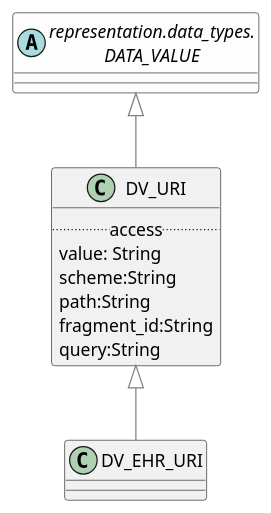
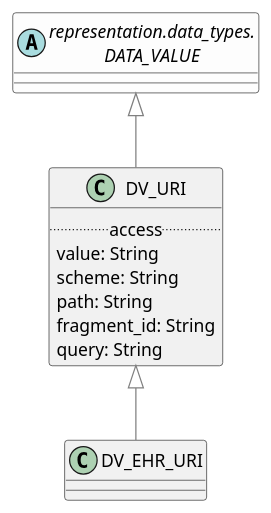
One commit to wolandscat/openehr-doc changed the diagram in modules/ROOT/examples/bmm/representation/data_types/uri/uri-package-uml.adoc. Above: the diagram before and after it, drawn with PlantUML. The commit also changed 293 other files, not shown here.

Commit message:
Regen with tweaks to UML output and correct metatypes for nested generics.

```diff
--- a/modules/ROOT/examples/bmm/representation/data_types/uri/uri-package-uml.adoc
+++ b/modules/ROOT/examples/bmm/representation/data_types/uri/uri-package-uml.adoc
@@ -3,27 +3,27 @@
 [plantuml,opts=interactive,link=self]
 ....
 skinparam groupInheritance 2
 skinparam citedClassColor #FDFDFD
-
-
-class DV_URI [[/openehr-doc/latest/representation/data_types-gen.html#_class_dv_uri]] {
-        .. access ..
-        value: String
-        scheme:String
-        path:String
-        fragment_id:String
-        query:String
-}
-
-DV_URI -[#gray]up-|> DATA_VALUE  
 
 
 class DV_EHR_URI [[/openehr-doc/latest/representation/data_types-gen.html#_class_dv_ehr_uri]] {
 }
 
 DV_EHR_URI -[#gray]up-|> DV_URI  
 
+
+class DV_URI [[/openehr-doc/latest/representation/data_types-gen.html#_class_dv_uri]] {
+        .. access ..
+        value: String
+        scheme: String
+        path: String
+        fragment_id: String
+        query: String
+}
+
+DV_URI -[#gray]up-|> DATA_VALUE  
+
 abstract class "representation.data_types.\nDATA_VALUE" as DATA_VALUE  [[/openehr-doc/latest/representation/data_types-gen.html#_class_data_value]] #FDFDFD {
 }
 
 ....
```
